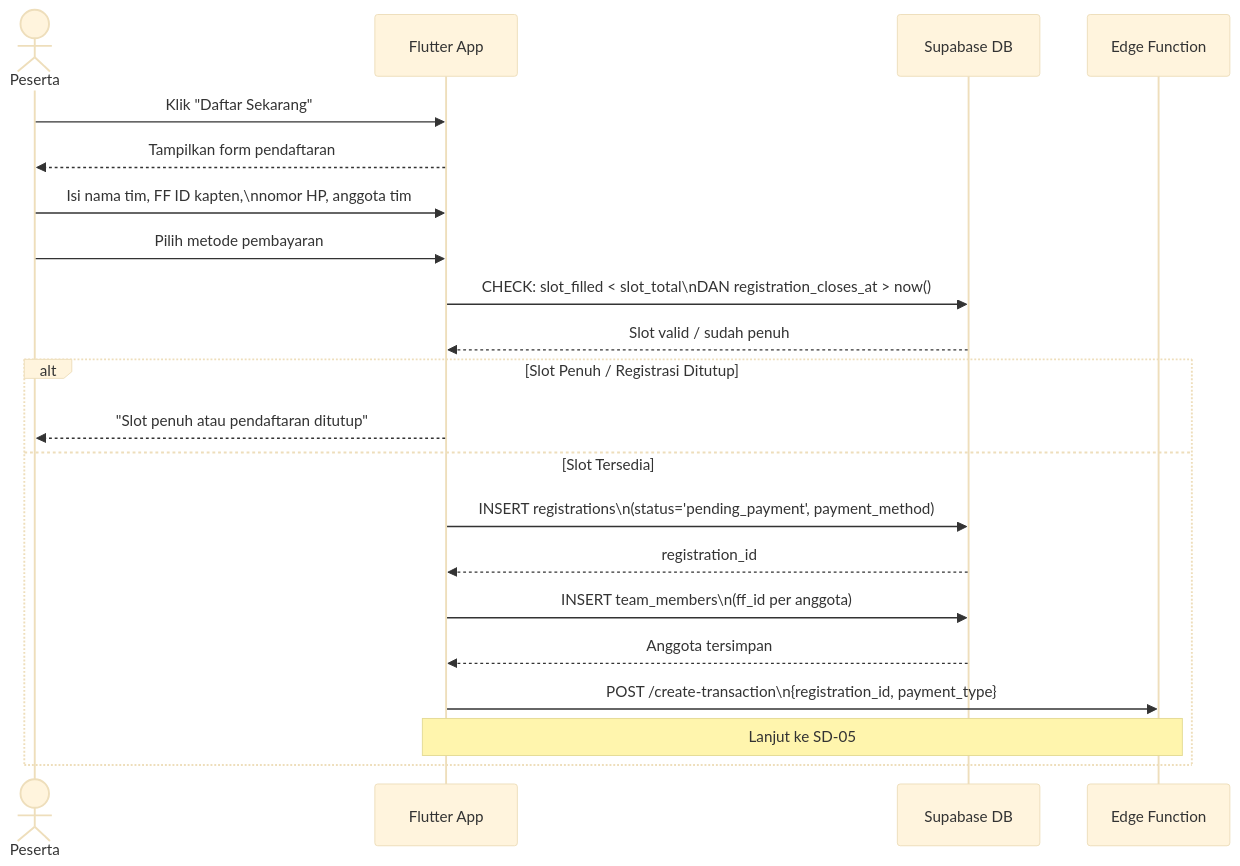
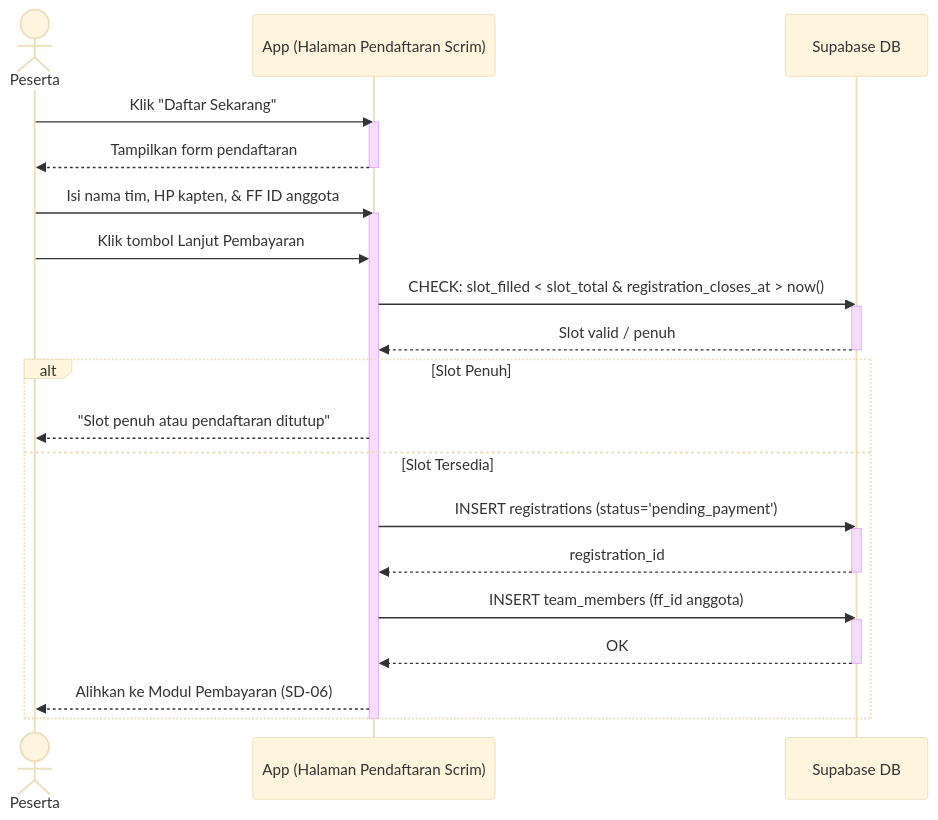
One commit to yosima050/booyahhub changed diagram 27 of 47 in DOKUMENTASI.md. Above: the diagram before and after it, drawn with Mermaid (base theme). The commit also changed other lines of this file, not shown here.

Commit message:
docs: update user flow documentation with expanded process steps and refined sequence diagrams

````diff
--- a/DOKUMENTASI.md
+++ b/DOKUMENTASI.md
@@ -912,29 +980,35 @@
 ```mermaid
 sequenceDiagram
     actor Peserta
-    participant App as Flutter App
+    participant App as App (Halaman Pendaftaran Scrim)
     participant DB as Supabase DB
-    participant EdgeFn as Edge Function
 
     Peserta->>App: Klik "Daftar Sekarang"
+    activate App
     App-->>Peserta: Tampilkan form pendaftaran
+    deactivate App
 
-    Peserta->>App: Isi nama tim, FF ID kapten,\nnomor HP, anggota tim
-    Peserta->>App: Pilih metode pembayaran
+    Peserta->>App: Isi nama tim, HP kapten, & FF ID anggota
+    activate App
+    Peserta->>App: Klik tombol Lanjut Pembayaran
+    App->>DB: CHECK: slot_filled < slot_total & registration_closes_at > now()
+    activate DB
+    DB-->>App: Slot valid / penuh
+    deactivate DB
 
-    App->>DB: CHECK: slot_filled < slot_total\nDAN registration_closes_at > now()
-    DB-->>App: Slot valid / sudah penuh
-
-    alt Slot Penuh / Registrasi Ditutup
+    alt Slot Penuh
         App-->>Peserta: "Slot penuh atau pendaftaran ditutup"
     else Slot Tersedia
-        App->>DB: INSERT registrations\n(status='pending_payment', payment_method)
+        App->>DB: INSERT registrations (status='pending_payment')
+        activate DB
         DB-->>App: registration_id
+        deactivate DB
 
-        App->>DB: INSERT team_members\n(ff_id per anggota)
-        DB-->>App: Anggota tersimpan
-
-        App->>EdgeFn: POST /create-transaction\n{registration_id, payment_type}
-        Note over App,EdgeFn: Lanjut ke SD-05
+        App->>DB: INSERT team_members (ff_id anggota)
+        activate DB
+        DB-->>App: OK
+        deactivate DB
+        App-->>Peserta: Alihkan ke Modul Pembayaran (SD-06)
     end
+    deactivate App
 ```
````
